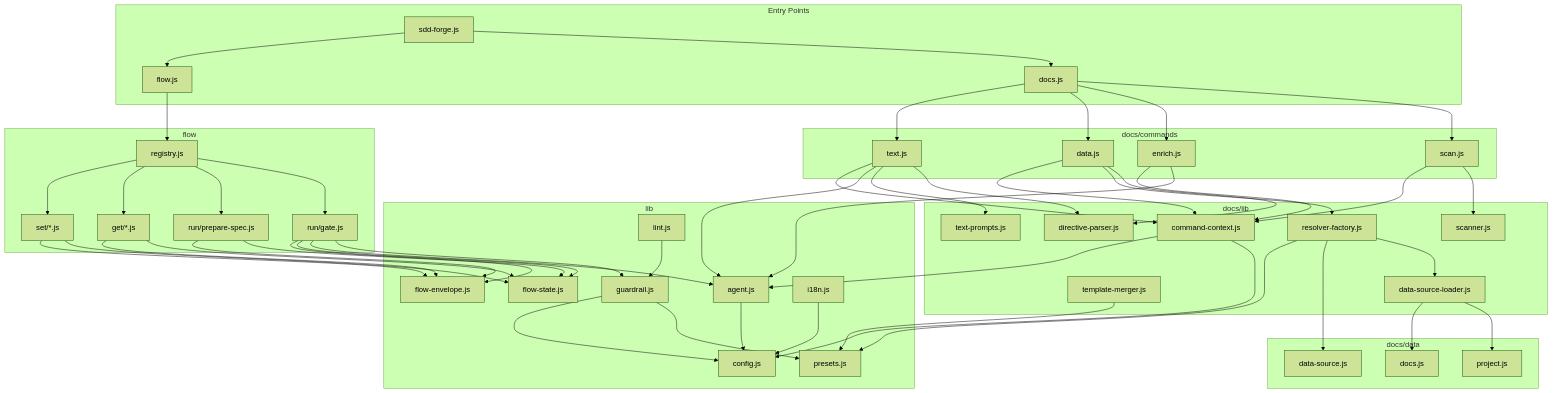
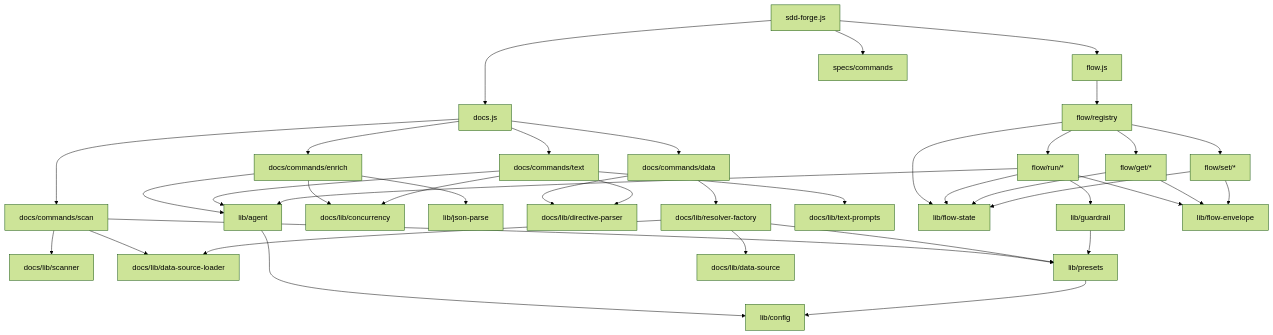
Before and after one commit to SpreadWorks/sdd-forge: the diagram in docs/internal_design.md, drawn with Mermaid (forest theme). The commit also changed other lines of this file and 6 other files, not shown here.

````diff
--- a/docs/internal_design.md
+++ b/docs/internal_design.md
@@ -140,96 +97,51 @@
 ```mermaid
 graph TD
-  subgraph Entry[Entry Points]
-    cli[sdd-forge.js]
-    docs_d[docs.js]
-    flow_d[flow.js]
-  end
+  Entry["sdd-forge.js"] --> Docs["docs.js"]
+  Entry --> Flow["flow.js"]
+  Entry --> Specs["specs/commands"]
 
-  subgraph DocCmds[docs/commands]
-    scan[scan.js]
-    enrich[enrich.js]
-    data_cmd[data.js]
-    text_cmd[text.js]
-  end
+  Docs --> scan["docs/commands/scan"]
+  Docs --> enrich["docs/commands/enrich"]
+  Docs --> data["docs/commands/data"]
+  Docs --> text["docs/commands/text"]
 
-  subgraph DocLib[docs/lib]
-    dp[directive-parser.js]
-    rf[resolver-factory.js]
-    tm[template-merger.js]
-    cc[command-context.js]
-    tp[text-prompts.js]
-    sc[scanner.js]
-    dsl[data-source-loader.js]
-  end
+  scan --> scanner["docs/lib/scanner"]
+  scan --> dsl["docs/lib/data-source-loader"]
+  scan --> presets["lib/presets"]
 
-  subgraph DocData[docs/data]
-    ds_base[data-source.js]
-    ds_project[project.js]
-    ds_docs[docs.js]
-  end
+  enrich --> agent["lib/agent"]
+  enrich --> concurrency["docs/lib/concurrency"]
+  enrich --> jsonParse["lib/json-parse"]
 
-  subgraph FlowMod[flow]
-    registry[registry.js]
-    gate[run/gate.js]
-    prepare[run/prepare-spec.js]
-    fl_get[get/*.js]
-    fl_set[set/*.js]
-  end
+  data --> dp["docs/lib/directive-parser"]
+  data --> rf["docs/lib/resolver-factory"]
 
-  subgraph CoreLib[lib]
-    agent[agent.js]
-    flow_state[flow-state.js]
-    envelope[flow-envelope.js]
-    guardrail[guardrail.js]
-    i18n[i18n.js]
-    config[config.js]
-    presets[presets.js]
-    lint[lint.js]
-  end
+  text --> dp
+  text --> tp["docs/lib/text-prompts"]
+  text --> agent
+  text --> concurrency
 
-  cli --> docs_d
-  cli --> flow_d
-  docs_d --> scan
-  docs_d --> enrich
-  docs_d --> data_cmd
-  docs_d --> text_cmd
-  flow_d --> registry
-  registry --> gate
-  registry --> prepare
-  registry --> fl_get
-  registry --> fl_set
-  scan --> sc
-  scan --> cc
-  enrich --> agent
-  enrich --> cc
-  data_cmd --> dp
-  data_cmd --> rf
-  data_cmd --> cc
-  text_cmd --> dp
-  text_cmd --> tp
-  text_cmd --> agent
-  text_cmd --> cc
   rf --> dsl
-  rf --> ds_base
   rf --> presets
-  dsl --> ds_project
-  dsl --> ds_docs
-  tm --> presets
-  gate --> guardrail
-  gate --> agent
-  gate --> flow_state
-  gate --> envelope
-  prepare --> flow_state
-  prepare --> envelope
-  fl_get --> flow_state
-  fl_get --> envelope
-  fl_set --> flow_state
-  fl_set --> envelope
+  rf --> ds["docs/lib/data-source"]
+
+  Flow --> registry["flow/registry"]
+  registry --> flowState["lib/flow-state"]
+  registry --> getHandlers["flow/get/*"]
+  registry --> setHandlers["flow/set/*"]
+  registry --> runHandlers["flow/run/*"]
+
+  runHandlers --> agent
+  runHandlers --> guardrail["lib/guardrail"]
+  runHandlers --> flowState
+  runHandlers --> envelope["lib/flow-envelope"]
+
+  getHandlers --> flowState
+  getHandlers --> envelope
+  setHandlers --> flowState
+  setHandlers --> envelope
+
   guardrail --> presets
-  guardrail --> config
-  agent --> config
-  cc --> config
-  cc --> agent
-  i18n --> config
-  lint --> guardrail
+  agent --> config["lib/config"]
+  presets --> config
 ```
````
